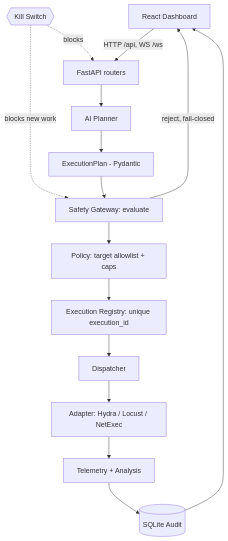
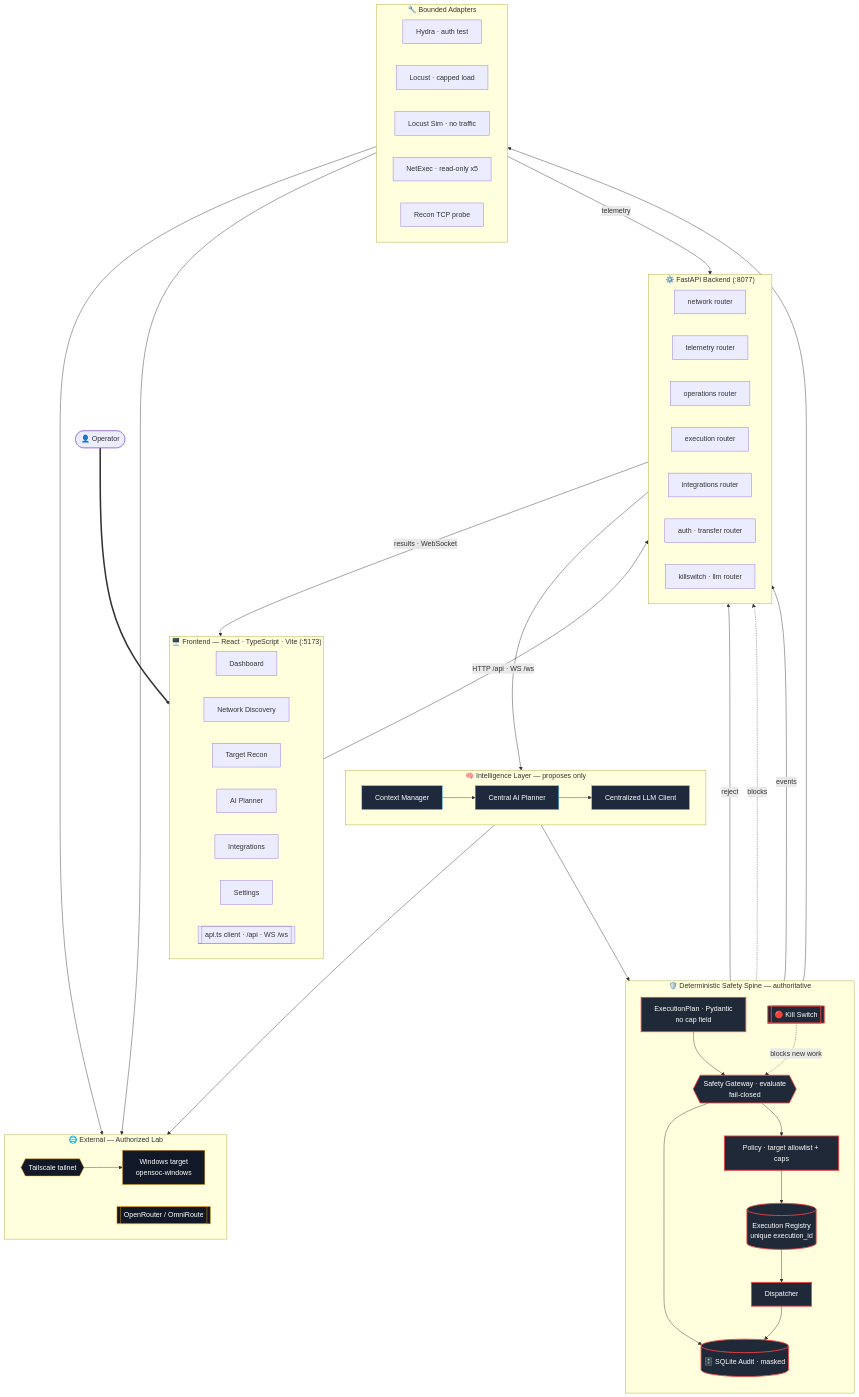
Before and after one commit to Satya37x1112/red-team-chakravyuh: the diagram in README.md, drawn with Mermaid. The commit also changed other lines of this file, not shown here.

Commit message:
docs(readme): expand architecture into a layered Mermaid diagram

````diff
--- a/README.md
+++ b/README.md
@@ -27,17 +27,84 @@
 ```mermaid
-flowchart TD
-  UI[React Dashboard] -->|HTTP /api, WS /ws| API[FastAPI routers]
-  API --> PL[AI Planner]
-  PL --> EP[ExecutionPlan - Pydantic]
-  EP --> GW[Safety Gateway: evaluate]
-  GW -->|reject, fail-closed| UI
-  GW --> POL[Policy: target allowlist + caps]
-  POL --> REG[Execution Registry: unique execution_id]
-  REG --> DIS[Dispatcher]
-  DIS --> AD[Adapter: Hydra / Locust / NetExec]
-  AD --> TEL[Telemetry + Analysis]
-  TEL --> AUD[(SQLite Audit)]
-  AUD --> UI
-  KS{{Kill Switch}} -. blocks new work .-> GW
+flowchart TB
+  Operator([👤 Operator])
+
+  subgraph FE["🖥️  Frontend — React · TypeScript · Vite (:5173)"]
+    direction LR
+    DASH[Dashboard]
+    DISCO[Network Discovery]
+    RECON[Target Recon]
+    PLANUI[AI Planner]
+    INTEG[Integrations]
+    SETT[Settings]
+    APIC[[api.ts client · /api · WS /ws]]
+  end
+
+  subgraph API["⚙️  FastAPI Backend (:8077)"]
+    direction LR
+    RNET[network router]
+    RTEL[telemetry router]
+    ROPS[operations router]
+    REXE[execution router]
+    RINT[integrations router]
+    RAUTH[auth · transfer router]
+    RSAFE[killswitch · llm router]
+  end
+
+  subgraph AIL["🧠  Intelligence Layer — proposes only"]
+    direction LR
+    CTX[Context Manager]
+    PLANNER[Central AI Planner]
+    LLMC[Centralized LLM Client]
+  end
+
+  subgraph SPINE["🛡️  Deterministic Safety Spine — authoritative"]
+    direction TB
+    EP[ExecutionPlan · Pydantic<br/>no cap field]
+    GW{{Safety Gateway · evaluate<br/>fail-closed}}
+    POL[Policy · target allowlist + caps]
+    REG[(Execution Registry<br/>unique execution_id)]
+    DIS[Dispatcher]
+    KS[[🔴 Kill Switch]]
+    AUD[(🗄️ SQLite Audit · masked)]
+  end
+
+  subgraph ADP["🔧  Bounded Adapters"]
+    direction LR
+    HY[Hydra · auth test]
+    LO[Locust · capped load]
+    LS[Locust Sim · no traffic]
+    NX[NetExec · read-only x5]
+    PRB[Recon TCP probe]
+  end
+
+  subgraph EXT["🌐  External — Authorized Lab"]
+    direction LR
+    TS{{Tailscale tailnet}}
+    WIN[Windows target<br/>opensoc-windows]
+    LLM[[OpenRouter / OmniRoute]]
+  end
+
+  Operator ==> FE
+  FE -->|HTTP /api · WS /ws| API
+  API --> CTX --> PLANNER
+  PLANNER --> LLMC --> LLM
+  PLANNER --> EP --> GW
+  GW -->|reject| API
+  GW --> POL --> REG --> DIS --> ADP
+  KS -. blocks new work .-> GW
   KS -. blocks .-> API
+  ADP --> TS --> WIN
+  PRB --> TS
+  GW --> AUD
+  DIS --> AUD
+  ADP -->|telemetry| RTEL
+  AUD -->|events| API
+  API -->|results · WebSocket| FE
+
+  classDef safe fill:#1f2937,stroke:#ef4444,stroke-width:2px,color:#fff;
+  classDef ai fill:#1e293b,stroke:#38bdf8,color:#fff;
+  classDef ext fill:#111827,stroke:#f59e0b,color:#fff;
+  class EP,GW,POL,REG,DIS,KS,AUD safe;
+  class CTX,PLANNER,LLMC ai;
+  class TS,WIN,LLM ext;
 ```
````
